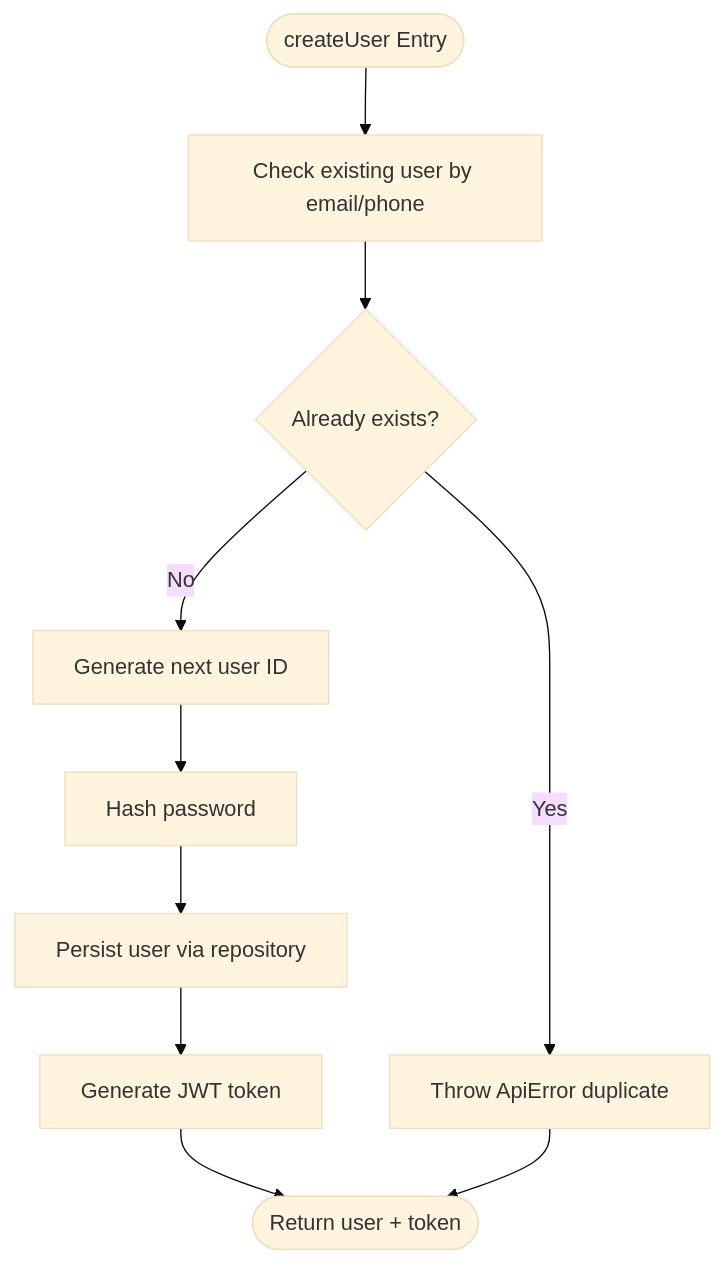
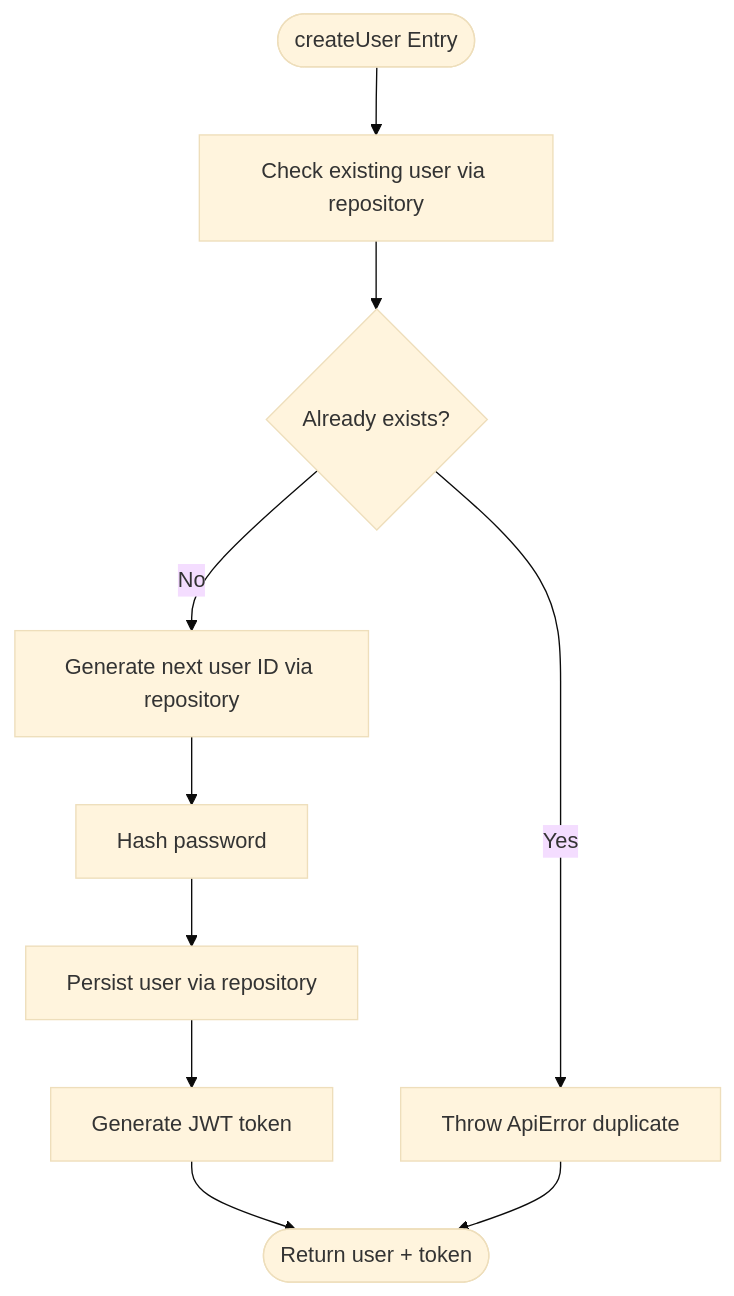
Before and after one commit to nguyencongtrung2001/Do-An: the third of 8 diagrams in .qoder/repowiki/en/content/Backend Architecture/Service Layer.md, drawn with Mermaid (base theme). The commit also changed other lines of this file and 12 other files, not shown here.

````diff
--- a/.qoder/repowiki/en/content/Backend Architecture/Service Layer.md
+++ b/.qoder/repowiki/en/content/Backend Architecture/Service Layer.md
@@ -208,12 +219,12 @@
 ```mermaid
 flowchart TD
-Start(["createUser Entry"]) --> CheckDup["Check existing user by email/phone"]
+Start(["createUser Entry"]) --> CheckDup["Check existing user via repository"]
 CheckDup --> Exists{"Already exists?"}
 Exists --> |Yes| ThrowDup["Throw ApiError duplicate"]
-Exists --> |No| GenId["Generate next user ID"]
+Exists --> |No| GenId["Generate next user ID via repository"]
 GenId --> HashPwd["Hash password"]
 HashPwd --> Persist["Persist user via repository"]
 Persist --> Token["Generate JWT token"]
 Token --> Done(["Return user + token"])
 ThrowDup --> Done
 ```
````
